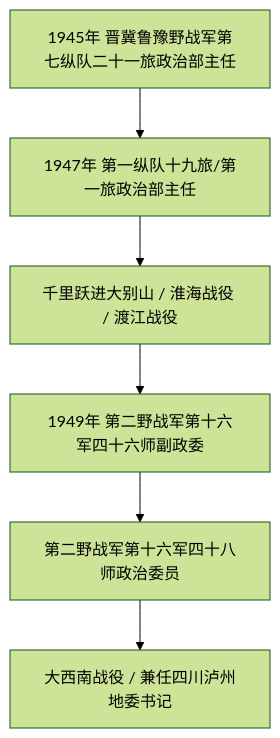
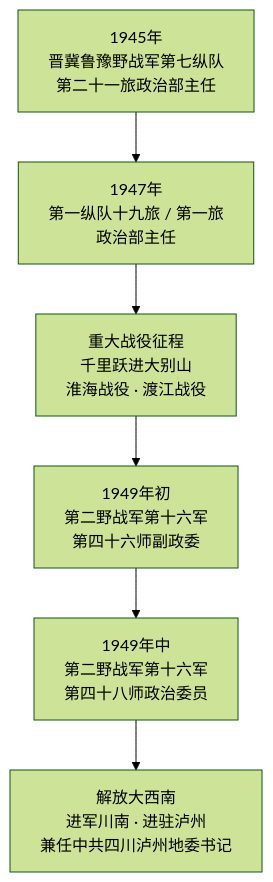
One commit to fordeepbasics/Siyi changed the diagram in jiang_siyi_biography.md. Above: the diagram before and after it, drawn with Mermaid (forest theme).

Commit message:
fix(mermaid): wrap text with line breaks and quotes to fix GitHub rendering truncation

````diff
--- a/jiang_siyi_biography.md
+++ b/jiang_siyi_biography.md
@@ -83,8 +83,8 @@
 ```mermaid
 graph TD
-    A[1945年 晋冀鲁豫野战军第七纵队二十一旅政治部主任] --> B[1947年 第一纵队十九旅/第一旅政治部主任]
-    B --> C[千里跃进大别山 / 淮海战役 / 渡江战役]
-    C --> D[1949年 第二野战军第十六军四十六师副政委]
-    D --> E[第二野战军第十六军四十八师政治委员]
-    E --> F[大西南战役 / 兼任四川泸州地委书记]
+    A["1945年<br/>晋冀鲁豫野战军第七纵队<br/>第二十一旅政治部主任"] --> B["1947年<br/>第一纵队十九旅 / 第一旅<br/>政治部主任"]
+    B --> C["重大战役征程<br/>千里跃进大别山<br/>淮海战役 · 渡江战役"]
+    C --> D["1949年初<br/>第二野战军第十六军<br/>第四十六师副政委"]
+    D --> E["1949年中<br/>第二野战军第十六军<br/>第四十八师政治委员"]
+    E --> F["解放大西南<br/>进军川南 · 进驻泸州<br/>兼任中共四川泸州地委书记"]
 ```
````
